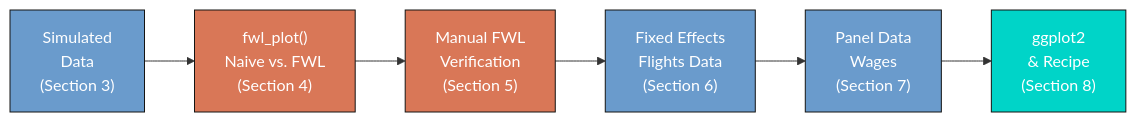
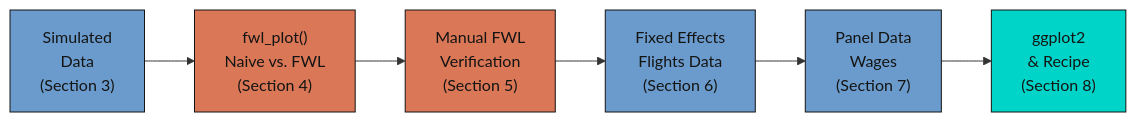
Before and after one commit to cmg777/starter-academic-v501: the first of 2 diagrams in content/post/r_fwlplot/index.md, drawn with Mermaid. The commit also changed other lines of this file and 67 other files, not shown here.

First line of the commit message:
fix(mermaid): readable diagram text in both themes across the site

````diff
--- a/content/post/r_fwlplot/index.md
+++ b/content/post/r_fwlplot/index.md
@@ -221,15 +221,15 @@
 ```mermaid
 graph LR
     A["Simulated<br/>Data<br/>(Section 3)"] --> B["fwl_plot()<br/>Naive vs. FWL<br/>(Section 4)"]
     B --> C["Manual FWL<br/>Verification<br/>(Section 5)"]
     C --> D["Fixed Effects<br/>Flights Data<br/>(Section 6)"]
     D --> E["Panel Data<br/>Wages<br/>(Section 7)"]
     E --> F["ggplot2<br/>& Recipe<br/>(Section 8)"]
 
-    style A fill:#6a9bcc,stroke:#141413,color:#fff
-    style B fill:#d97757,stroke:#141413,color:#fff
-    style C fill:#d97757,stroke:#141413,color:#fff
-    style D fill:#6a9bcc,stroke:#141413,color:#fff
-    style E fill:#6a9bcc,stroke:#141413,color:#fff
-    style F fill:#00d4c8,stroke:#141413,color:#fff
+    style A fill:#6a9bcc,stroke:#141413,color:#141413
+    style B fill:#d97757,stroke:#141413,color:#141413
+    style C fill:#d97757,stroke:#141413,color:#141413
+    style D fill:#6a9bcc,stroke:#141413,color:#141413
+    style E fill:#6a9bcc,stroke:#141413,color:#141413
+    style F fill:#00d4c8,stroke:#141413,color:#141413
 ```
````
